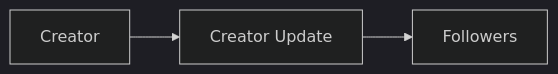
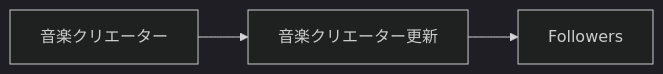
Before and after one commit to ShigeichiroYamasaki/creator-first-platform: diagram 25 of 35 in docs/whitepaper/08-discovery-community.md, drawn with Mermaid (dark theme). The commit also changed other lines of this file and 67 other files, not shown here.

````diff
--- a/docs/whitepaper/08-discovery-community.md
+++ b/docs/whitepaper/08-discovery-community.md
@@ -849,8 +849,8 @@
 ```mermaid
 flowchart LR
-    CREATOR[Creator]
-    POST[Creator Update]
+    CREATOR[音楽クリエーター]
+    POST[音楽クリエーター更新]
     FOLLOWER[Followers]
 
     CREATOR --> POST --> FOLLOWER
 ```
````
